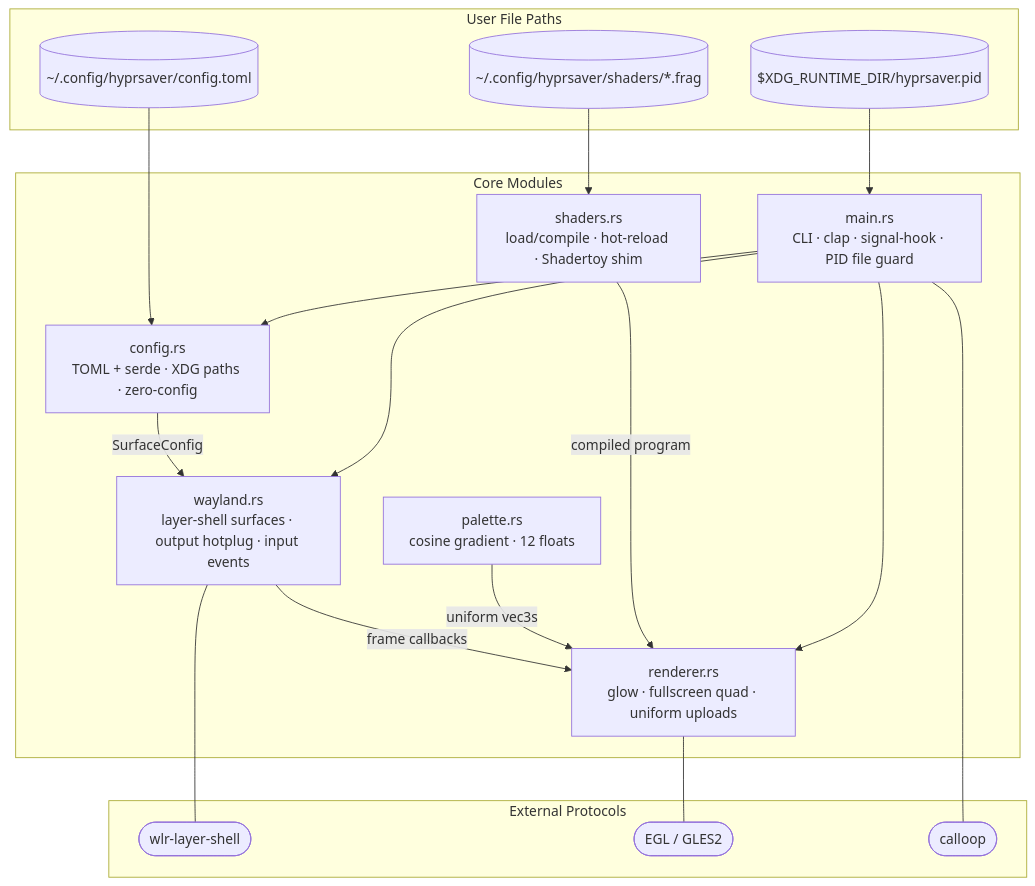
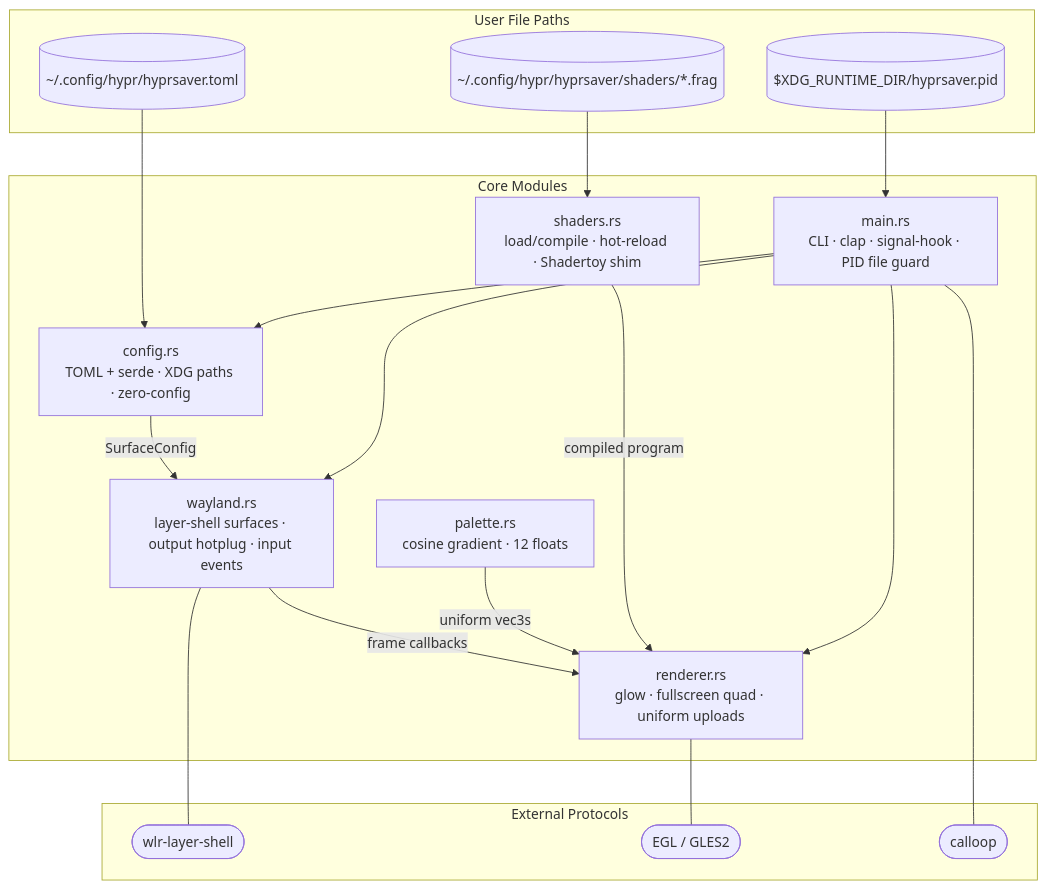
The diagram in README.md (maravexa/hyprsaver), drawn with Mermaid before and after one commit. The commit also changed other lines of this file and 10 other files, not shown here.

First line of the commit message:
feat: migrate config and shader paths to ~/.config/hypr/ ecosystem

````diff
--- a/README.md
+++ b/README.md
@@ -517,39 +522,39 @@
 ```mermaid
 graph TD
     subgraph core ["Core Modules"]
         main["main.rs<br/>CLI · clap · signal-hook · PID file guard"]
         config["config.rs<br/>TOML + serde · XDG paths · zero-config"]
         wayland["wayland.rs<br/>layer-shell surfaces · output hotplug · input events"]
         renderer["renderer.rs<br/>glow · fullscreen quad · uniform uploads"]
         shaders["shaders.rs<br/>load/compile · hot-reload · Shadertoy shim"]
         palette["palette.rs<br/>cosine gradient · 12 floats"]
     end
 
     subgraph ext ["External Protocols"]
         layershell(["wlr-layer-shell"])
         egl(["EGL / GLES2"])
         calloop(["calloop"])
     end
 
     subgraph files ["User File Paths"]
-        configfile[("~/.config/hyprsaver/config.toml")]
-        shaderfiles[("~/.config/hyprsaver/shaders/*.frag")]
+        configfile[("~/.config/hypr/hyprsaver.toml")]
+        shaderfiles[("~/.config/hypr/hyprsaver/shaders/*.frag")]
         pidfile[("$XDG_RUNTIME_DIR/hyprsaver.pid")]
     end
 
     main --> config
     main --> wayland
     main --> renderer
     config -->|SurfaceConfig| wayland
     shaders -->|compiled program| renderer
     palette -->|uniform vec3s| renderer
     wayland -->|frame callbacks| renderer
 
     wayland --- layershell
     renderer --- egl
     main --- calloop
 
     configfile --> config
     shaderfiles --> shaders
     pidfile --> main
 ```
````
